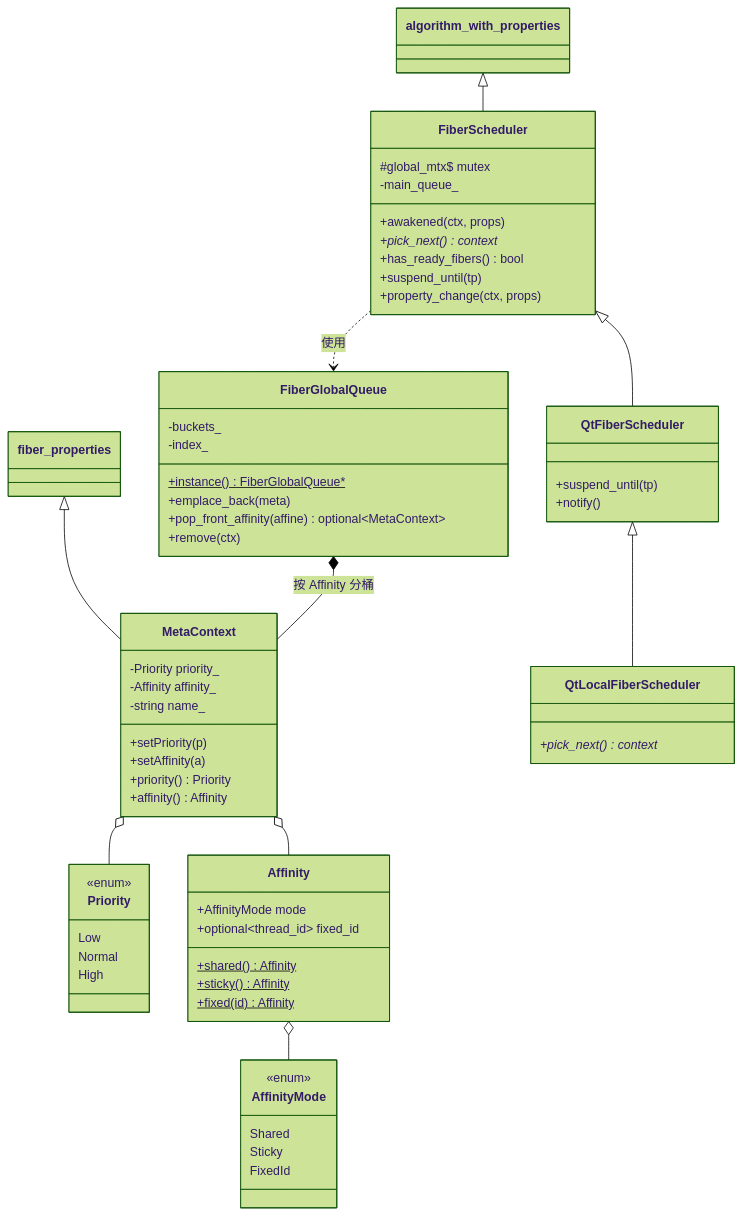
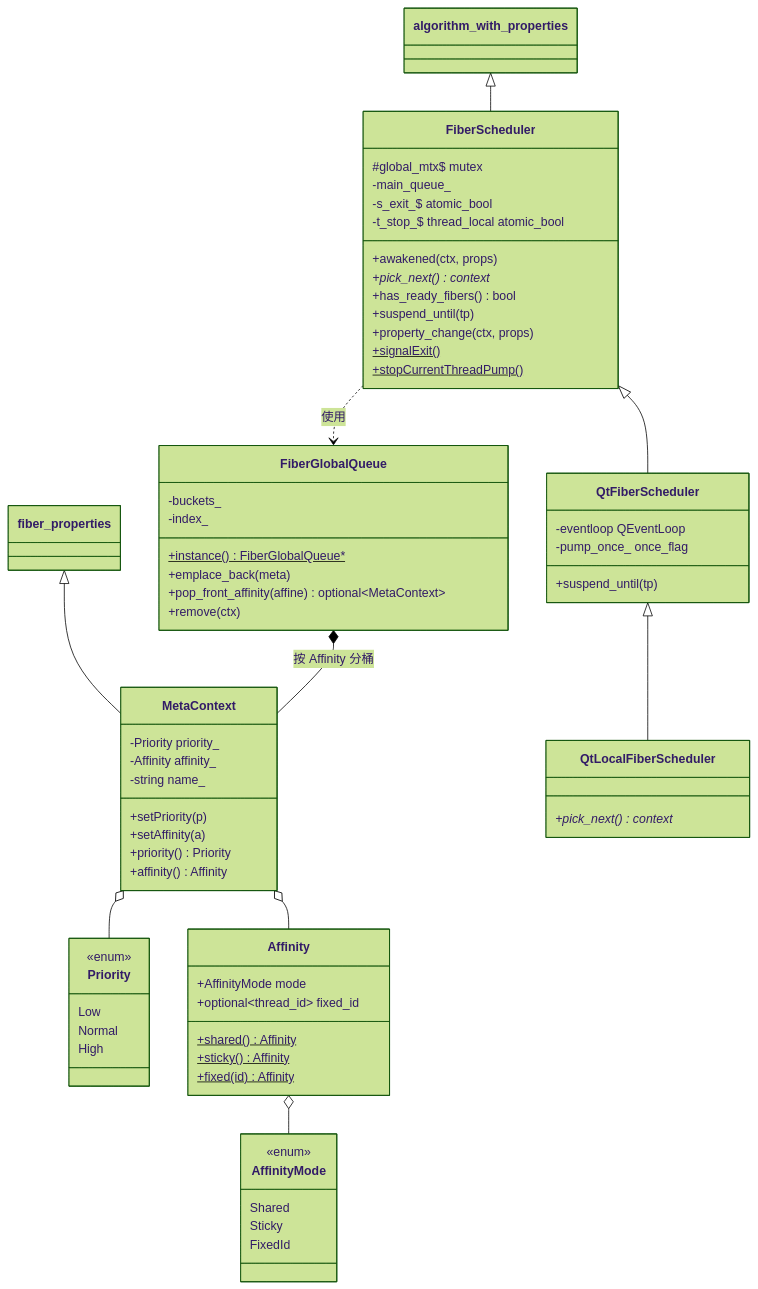
One commit to Ste7an-cs/AsyncTask changed the second of 16 diagrams in doc/软件设计说明.md. Above: the diagram before and after it, drawn with Mermaid (forest theme). The commit also changed other lines of this file, not shown here.

````diff
--- a/doc/软件设计说明.md
+++ b/doc/软件设计说明.md
@@ -100,65 +101,70 @@
 ```mermaid
 classDiagram
     class Priority {
         <<enum>>
         Low
         Normal
         High
     }
     class AffinityMode {
         <<enum>>
         Shared
         Sticky
         FixedId
     }
     class Affinity {
         +AffinityMode mode
         +optional~thread_id~ fixed_id
         +shared() Affinity$
         +sticky() Affinity$
         +fixed(id) Affinity$
     }
     class MetaContext {
         -Priority priority_
         -Affinity affinity_
         -string name_
         +setPriority(p)
         +setAffinity(a)
         +priority() Priority
         +affinity() Affinity
     }
     class FiberScheduler {
         +awakened(ctx, props)
         +pick_next() context*
         +has_ready_fibers() bool
         +suspend_until(tp)
         +property_change(ctx, props)
+        +signalExit()$
+        +stopCurrentThreadPump()$
         #global_mtx$ mutex
         -main_queue_
+        -s_exit_$ atomic_bool
+        -t_stop_$ thread_local atomic_bool
     }
     class QtFiberScheduler {
         +suspend_until(tp)
-        +notify()
+        -eventloop QEventLoop
+        -pump_once_ once_flag
     }
     class QtLocalFiberScheduler {
         +pick_next() context*
     }
     class FiberGlobalQueue {
         +instance() FiberGlobalQueue*$
         +emplace_back(meta)
         +pop_front_affinity(affine) optional~MetaContext~
         +remove(ctx)
         -buckets_
         -index_
     }
 
     fiber_properties <|-- MetaContext
     MetaContext o-- Priority
     MetaContext o-- Affinity
     Affinity o-- AffinityMode
     algorithm_with_properties <|-- FiberScheduler
     FiberScheduler <|-- QtFiberScheduler
     QtFiberScheduler <|-- QtLocalFiberScheduler
     FiberScheduler ..> FiberGlobalQueue : 使用
     FiberGlobalQueue *-- MetaContext : 按 Affinity 分桶
 ```
````
